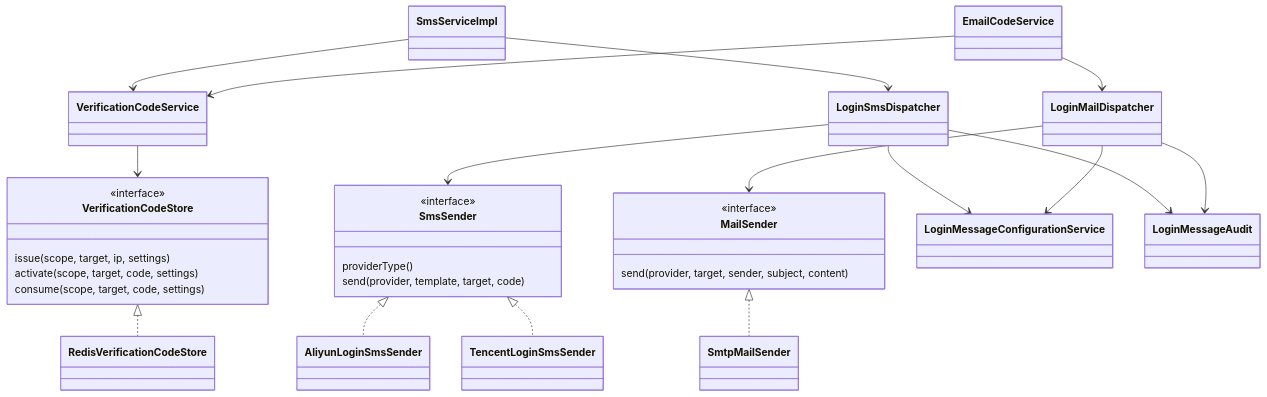
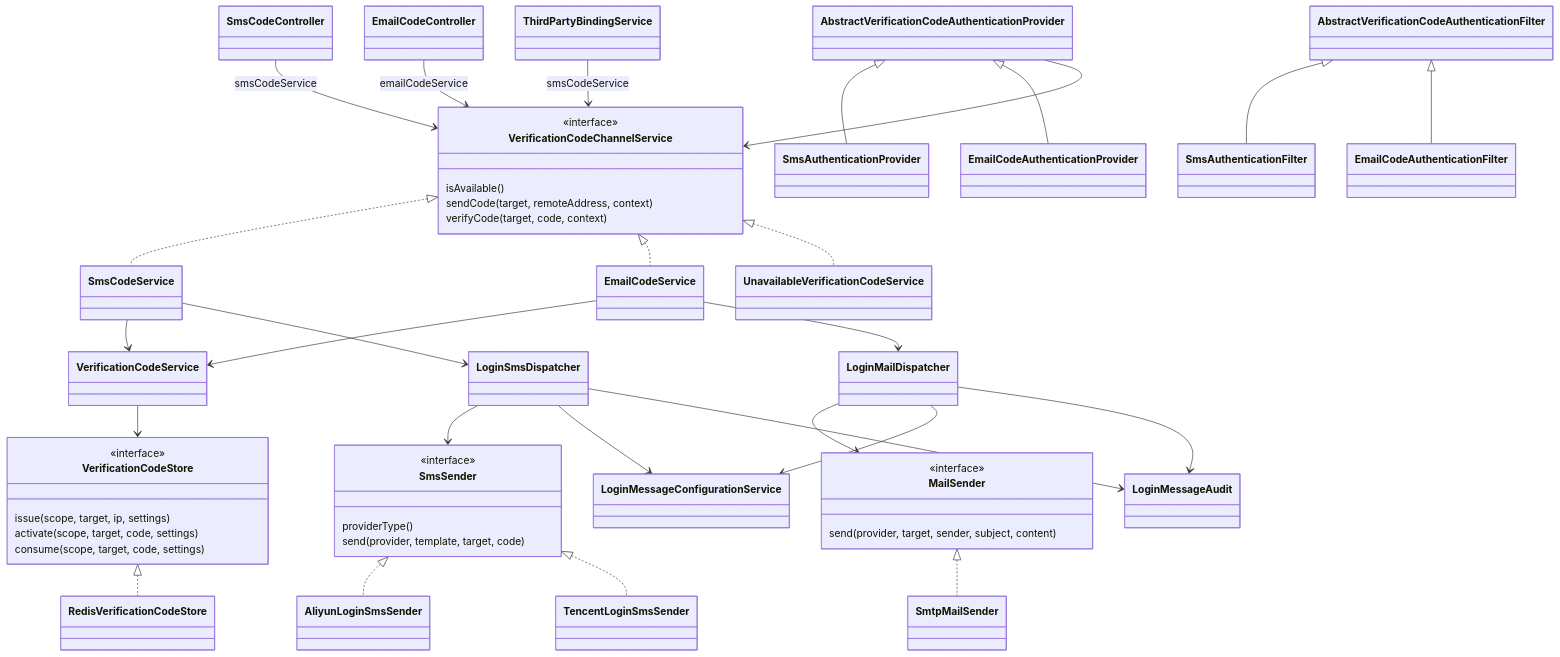
The seventh of 8 diagrams in macula-cloud-iam/docs/architecture.md (macula-projects/macula-cloud), drawn with Mermaid before and after one commit. The commit also changed other lines of this file and 363 other files, not shown here.

````diff
--- a/macula-cloud-iam/docs/architecture.md
+++ b/macula-cloud-iam/docs/architecture.md
@@ -321,33 +392,50 @@
 ```mermaid
 classDiagram
     class VerificationCodeStore {
         <<interface>>
         issue(scope, target, ip, settings)
         activate(scope, target, code, settings)
         consume(scope, target, code, settings)
     }
     VerificationCodeStore <|.. RedisVerificationCodeStore
     VerificationCodeService --> VerificationCodeStore
-    SmsServiceImpl --> VerificationCodeService
+    class VerificationCodeChannelService {
+        <<interface>>
+        isAvailable()
+        sendCode(target, remoteAddress, context)
+        verifyCode(target, code, context)
+    }
+    VerificationCodeChannelService <|.. SmsCodeService
+    VerificationCodeChannelService <|.. EmailCodeService
+    VerificationCodeChannelService <|.. UnavailableVerificationCodeService
+    AbstractVerificationCodeAuthenticationFilter <|-- SmsAuthenticationFilter
+    AbstractVerificationCodeAuthenticationFilter <|-- EmailCodeAuthenticationFilter
+    AbstractVerificationCodeAuthenticationProvider <|-- SmsAuthenticationProvider
+    AbstractVerificationCodeAuthenticationProvider <|-- EmailCodeAuthenticationProvider
+    AbstractVerificationCodeAuthenticationProvider --> VerificationCodeChannelService
+    SmsCodeController --> VerificationCodeChannelService : smsCodeService
+    EmailCodeController --> VerificationCodeChannelService : emailCodeService
+    ThirdPartyBindingService --> VerificationCodeChannelService : smsCodeService
+    SmsCodeService --> VerificationCodeService
     EmailCodeService --> VerificationCodeService
-    SmsServiceImpl --> LoginSmsDispatcher
+    SmsCodeService --> LoginSmsDispatcher
     EmailCodeService --> LoginMailDispatcher
     class SmsSender {
         <<interface>>
         providerType()
         send(provider, template, target, code)
     }
     class MailSender {
         <<interface>>
         send(provider, target, sender, subject, content)
     }
     SmsSender <|.. AliyunLoginSmsSender
     SmsSender <|.. TencentLoginSmsSender
     MailSender <|.. SmtpMailSender
     LoginSmsDispatcher --> SmsSender
     LoginMailDispatcher --> MailSender
     LoginSmsDispatcher --> LoginMessageConfigurationService
     LoginMailDispatcher --> LoginMessageConfigurationService
     LoginSmsDispatcher --> LoginMessageAudit
     LoginMailDispatcher --> LoginMessageAudit
 ```
````
